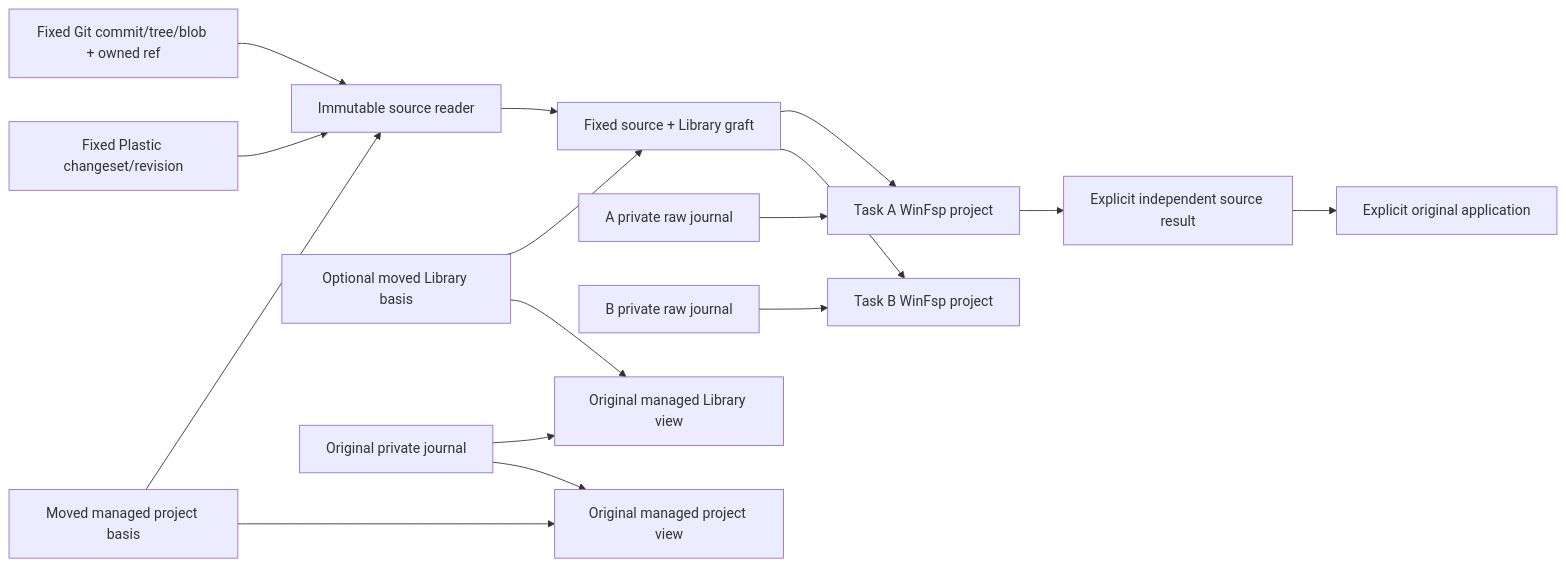
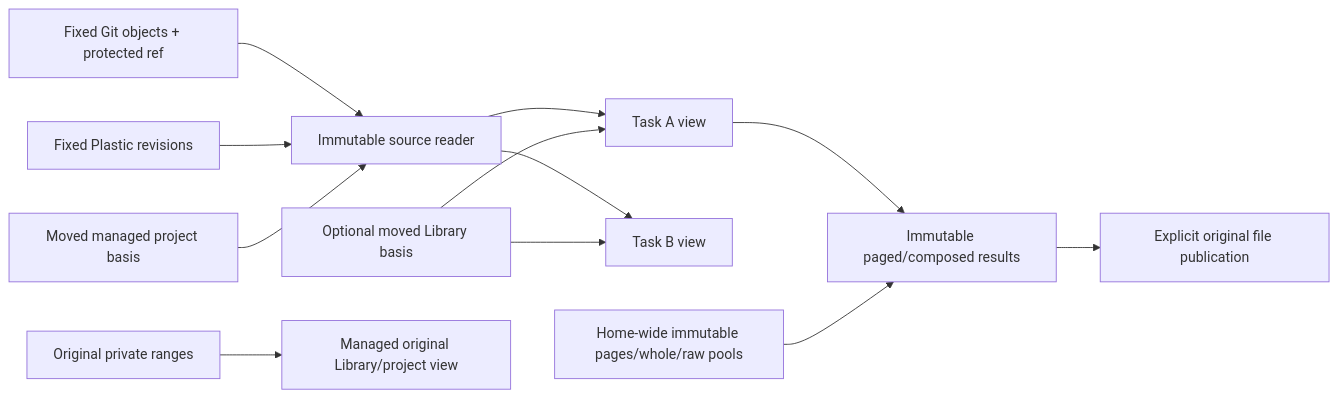
The second of 6 diagrams in docs/lifecycle-optimization-map.md (olivecrow/splinter), drawn with Mermaid before and after one commit. The commit also changed other lines of this file and 391 other files, not shown here.

````diff
--- a/docs/lifecycle-optimization-map.md
+++ b/docs/lifecycle-optimization-map.md
@@ -55,18 +44,14 @@
 ```mermaid
 flowchart LR
-  Git["Fixed Git commit/tree/blob + owned ref"] --> Basis["Immutable source reader"]
-  Plastic["Fixed Plastic changeset/revision"] --> Basis
+  Git["Fixed Git objects + protected ref"] --> Basis["Immutable source reader"]
+  Plastic["Fixed Plastic revisions"] --> Basis
   Project["Moved managed project basis"] --> Basis
-  Library["Optional moved Library basis"] --> Graft["Fixed source + Library graft"]
-  Basis --> Graft
-  Graft --> VA["Task A WinFsp project"]
-  DA["A private raw journal"] --> VA
-  Graft --> VB["Task B WinFsp project"]
-  DB["B private raw journal"] --> VB
-  Library --> Original["Original managed Library view"]
-  Project --> OriginalProject["Original managed project view"]
-  DO["Original private journal"] --> Original
-  DO --> OriginalProject
-  VA --> Result["Explicit independent source result"]
-  Result --> Apply["Explicit original application"]
+  Basis --> A["Task A view"]
+  Basis --> B["Task B view"]
+  Library["Optional moved Library basis"] --> A
+  Library --> B
+  Original["Original private ranges"] --> OriginalView["Managed original Library/project view"]
+  A --> Results["Immutable paged/composed results"]
+  Pool["Home-wide immutable pages/whole/raw pools"] --> Results
+  Results --> Publish["Explicit original file publication"]
 ```
````
